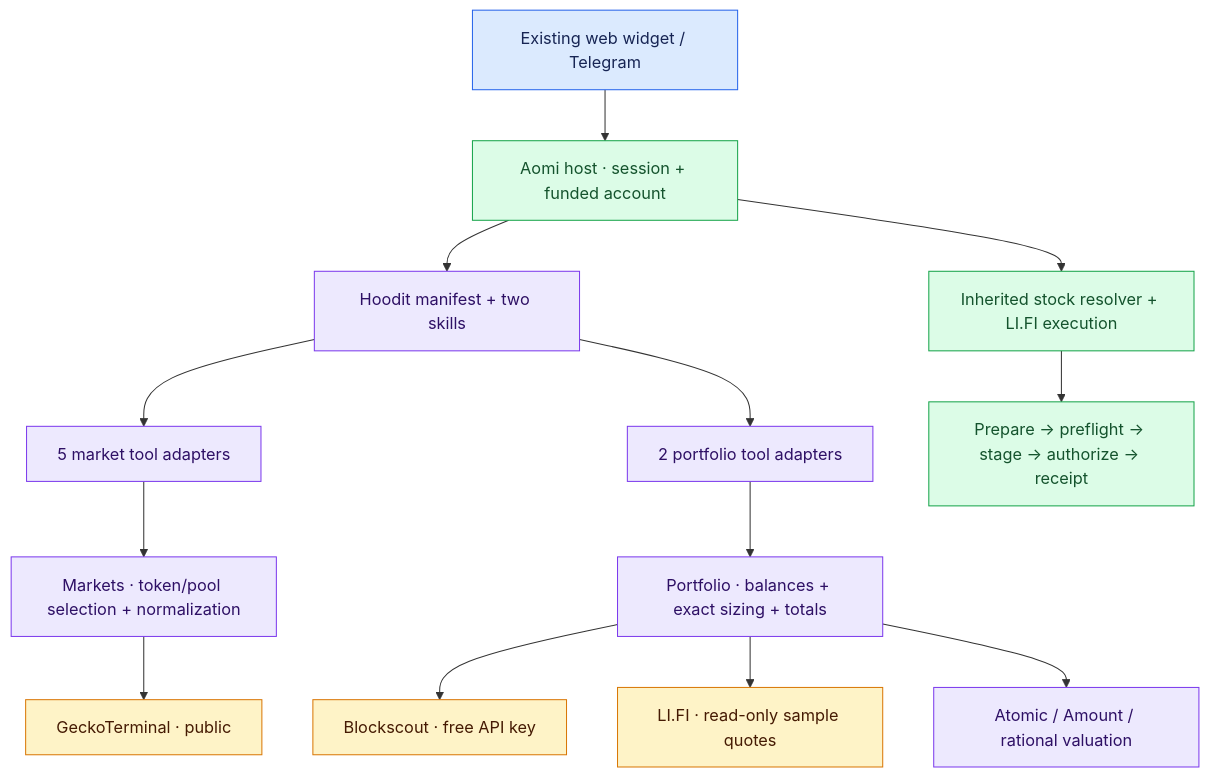
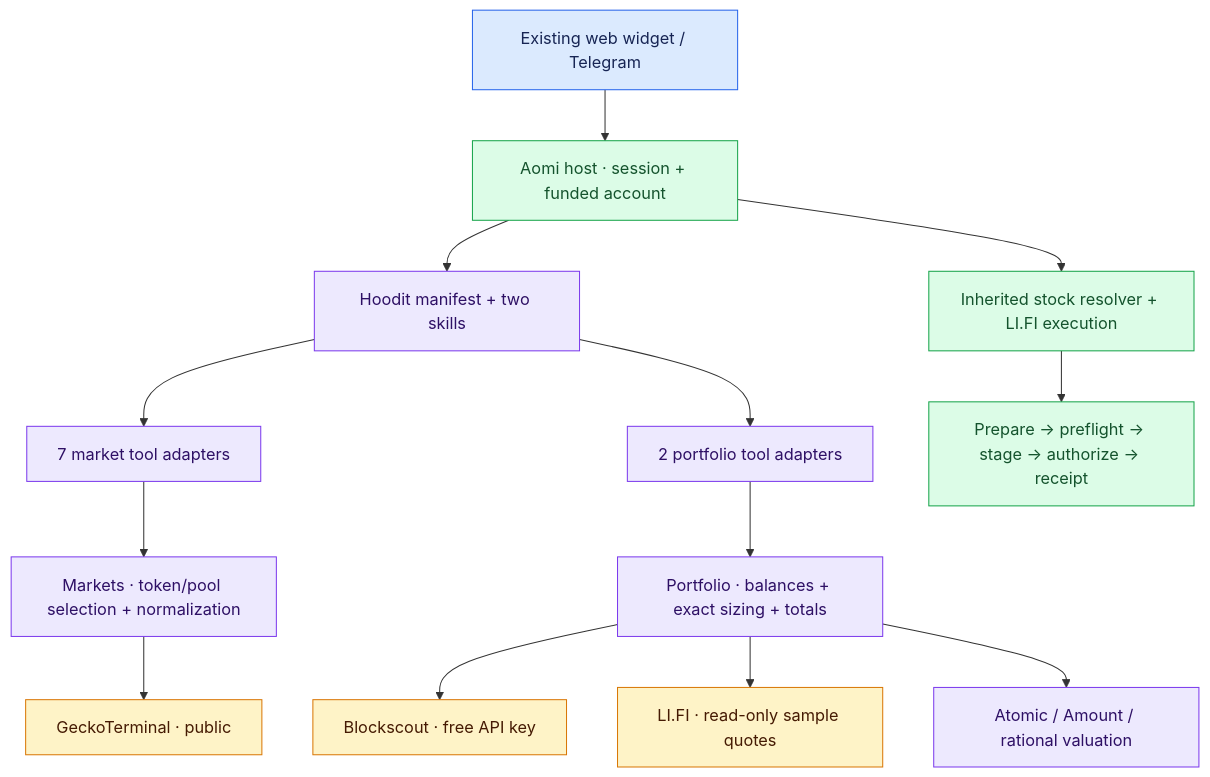
The diagram in contracts/hoodit-v1/v1-plan.md (aomi-labs/hoodit-apps), drawn with Mermaid before and after one commit. The commit also changed other lines of this file and 30 other files, not shown here.

````diff
--- a/contracts/hoodit-v1/v1-plan.md
+++ b/contracts/hoodit-v1/v1-plan.md
@@ -66,23 +67,23 @@
 ```mermaid
 flowchart TD
   UI["Existing web widget / Telegram"] --> HOST["Aomi host · session + funded account"]
   HOST --> MAN["Hoodit manifest + two skills"]
-  MAN --> MT["5 market tool adapters"]
+  MAN --> MT["7 market tool adapters"]
   MAN --> PT["2 portfolio tool adapters"]
   MT --> MS["Markets · token/pool selection + normalization"]
   PT --> PS["Portfolio · balances + exact sizing + totals"]
   MS --> GT["GeckoTerminal · public"]
   PS --> BS["Blockscout · free API key"]
   PS --> LQ["LI.FI · read-only sample quotes"]
   PS --> AM["Atomic / Amount / rational valuation"]
   HOST --> EX["Inherited stock resolver + LI.FI execution"]
   EX --> WAL["Prepare → preflight → stage → authorize → receipt"]
   classDef ui fill:#dbeafe,stroke:#2563eb,color:#172554
   classDef app fill:#ede9fe,stroke:#7c3aed,color:#2e1065
   classDef data fill:#fef3c7,stroke:#d97706,color:#451a03
   classDef host fill:#dcfce7,stroke:#16a34a,color:#14532d
   class UI ui
   class MAN,MT,PT,MS,PS,AM app
   class GT,BS,LQ data
   class HOST,EX,WAL host
 ```
````
